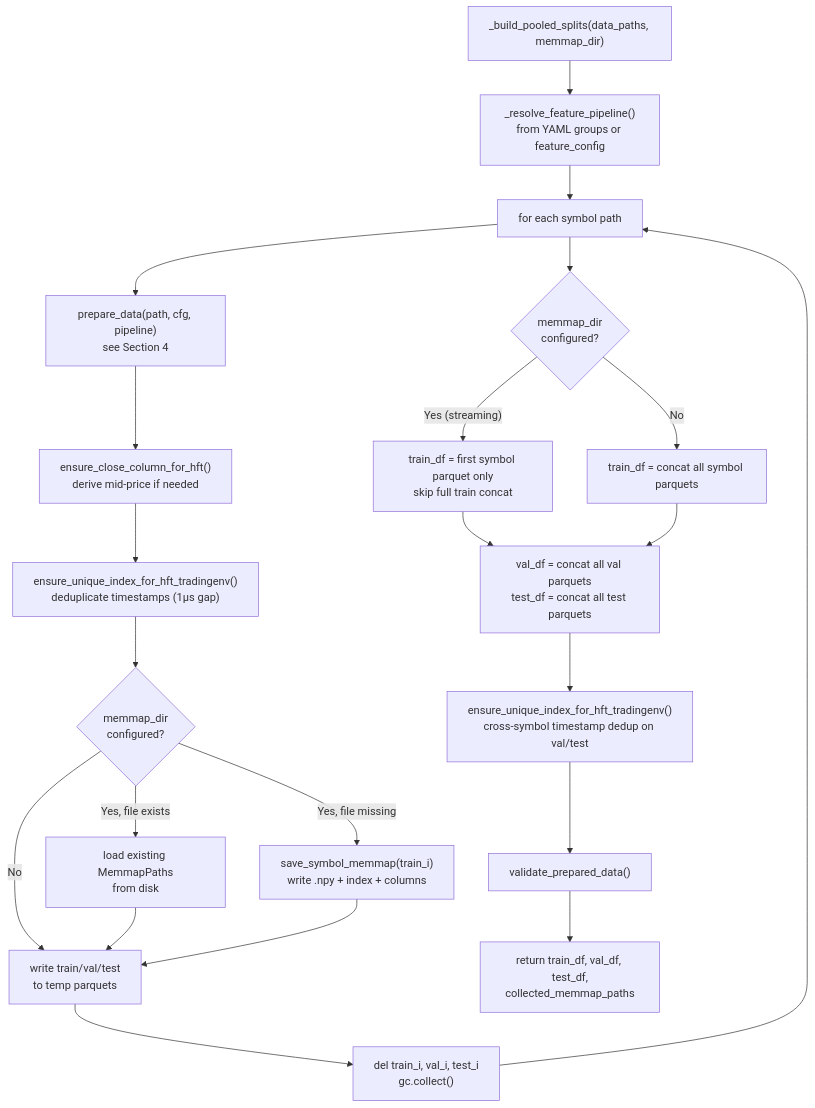
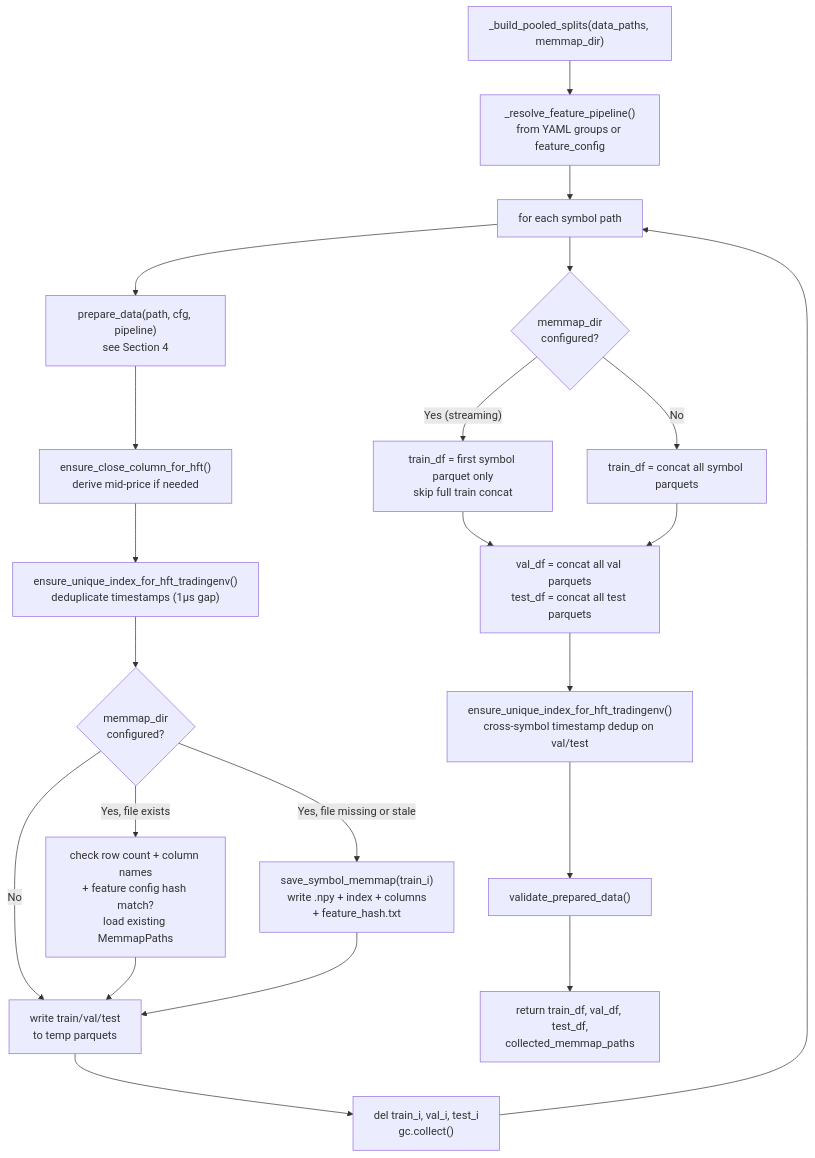
One commit to kwojdalski/masters_thesis changed the third of 9 diagrams in docs/training_pipeline.md. Above: the diagram before and after it, drawn with Mermaid. The commit also changed other lines of this file and 1 other file, not shown here.

First line of the commit message:
Docs: update memmap file listings and cache invalidation description

````diff
--- a/docs/training_pipeline.md
+++ b/docs/training_pipeline.md
@@ -70,28 +70,28 @@
 ```mermaid
 flowchart TD
     START["_build_pooled_splits(data_paths, memmap_dir)"] --> PIPE["_resolve_feature_pipeline()\nfrom YAML groups or feature_config"]
     PIPE --> LOOP["for each symbol path"]
 
     LOOP --> PD["prepare_data(path, cfg, pipeline)\nsee Section 4"]
     PD --> ECC["ensure_close_column_for_hft()\nderive mid-price if needed"]
     ECC --> EUI["ensure_unique_index_for_hft_tradingenv()\ndeduplicate timestamps (1µs gap)"]
     EUI --> MEM{"memmap_dir\nconfigured?"}
 
-    MEM -- "Yes, file exists" --> LMM["load existing MemmapPaths\nfrom disk"]
-    MEM -- "Yes, file missing" --> SMM["save_symbol_memmap(train_i)\nwrite .npy + index + columns"]
+    MEM -- "Yes, file exists" --> LMM["check row count + column names\n+ feature config hash match?\nload existing MemmapPaths"]
+    MEM -- "Yes, file missing or stale" --> SMM["save_symbol_memmap(train_i)\nwrite .npy + index + columns\n+ feature_hash.txt"]
     MEM -- "No" --> WP
 
     LMM --> WP["write train/val/test\nto temp parquets"]
     SMM --> WP
     WP --> FREE["del train_i, val_i, test_i\ngc.collect()"]
     FREE --> LOOP
 
     LOOP --> CONCAT{"memmap_dir\nconfigured?"}
     CONCAT -- "Yes (streaming)" --> FIRST["train_df = first symbol parquet only\nskip full train concat"]
     CONCAT -- "No" --> FULL["train_df = concat all symbol parquets"]
     FIRST --> VCNC["val_df = concat all val parquets\ntest_df = concat all test parquets"]
     FULL --> VCNC
     VCNC --> EUI2["ensure_unique_index_for_hft_tradingenv()\ncross-symbol timestamp dedup on val/test"]
     EUI2 --> VPD["validate_prepared_data()"]
     VPD --> RET["return train_df, val_df, test_df,\ncollected_memmap_paths"]
 ```
````
